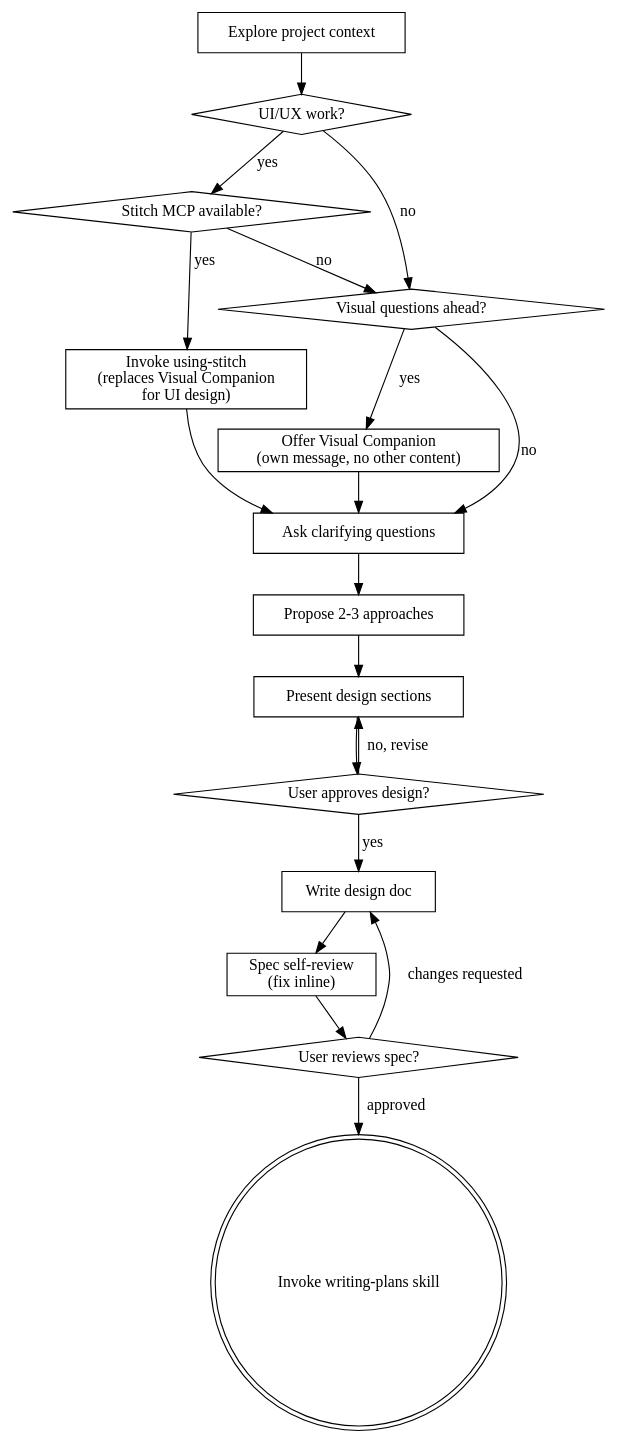
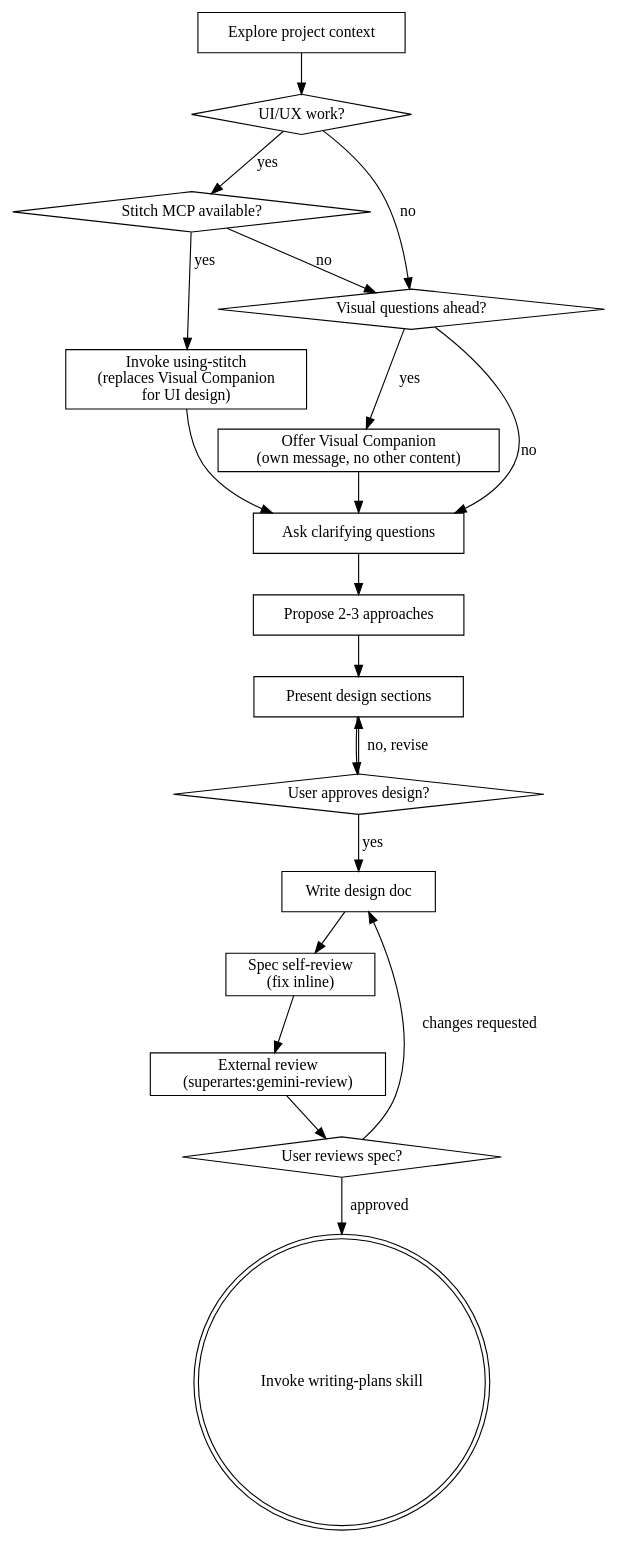
The diagram in skills/brainstorming/SKILL.md (andybrandt/superartes), drawn with Graphviz before and after one commit. The commit also changed other lines of this file, not shown here.

Commit message:
add external review step to brainstorming skill workflow

````diff
--- a/skills/brainstorming/SKILL.md
+++ b/skills/brainstorming/SKILL.md
@@ -36,37 +37,39 @@
 ```dot
 digraph brainstorming {
     "Explore project context" [shape=box];
     "UI/UX work?" [shape=diamond];
     "Stitch MCP available?" [shape=diamond];
     "Invoke using-stitch\n(replaces Visual Companion\nfor UI design)" [shape=box];
     "Visual questions ahead?" [shape=diamond];
     "Offer Visual Companion\n(own message, no other content)" [shape=box];
     "Ask clarifying questions" [shape=box];
     "Propose 2-3 approaches" [shape=box];
     "Present design sections" [shape=box];
     "User approves design?" [shape=diamond];
     "Write design doc" [shape=box];
     "Spec self-review\n(fix inline)" [shape=box];
+    "External review\n(superartes:gemini-review)" [shape=box];
     "User reviews spec?" [shape=diamond];
     "Invoke writing-plans skill" [shape=doublecircle];
 
     "Explore project context" -> "UI/UX work?";
     "UI/UX work?" -> "Stitch MCP available?" [label="yes"];
     "UI/UX work?" -> "Visual questions ahead?" [label="no"];
     "Stitch MCP available?" -> "Invoke using-stitch\n(replaces Visual Companion\nfor UI design)" [label="yes"];
     "Stitch MCP available?" -> "Visual questions ahead?" [label="no"];
     "Invoke using-stitch\n(replaces Visual Companion\nfor UI design)" -> "Ask clarifying questions";
     "Visual questions ahead?" -> "Offer Visual Companion\n(own message, no other content)" [label="yes"];
     "Visual questions ahead?" -> "Ask clarifying questions" [label="no"];
     "Offer Visual Companion\n(own message, no other content)" -> "Ask clarifying questions";
     "Ask clarifying questions" -> "Propose 2-3 approaches";
     "Propose 2-3 approaches" -> "Present design sections";
     "Present design sections" -> "User approves design?";
     "User approves design?" -> "Present design sections" [label="no, revise"];
     "User approves design?" -> "Write design doc" [label="yes"];
     "Write design doc" -> "Spec self-review\n(fix inline)";
-    "Spec self-review\n(fix inline)" -> "User reviews spec?";
+    "Spec self-review\n(fix inline)" -> "External review\n(superartes:gemini-review)";
+    "External review\n(superartes:gemini-review)" -> "User reviews spec?";
     "User reviews spec?" -> "Write design doc" [label="changes requested"];
     "User reviews spec?" -> "Invoke writing-plans skill" [label="approved"];
 }
 ```
````
